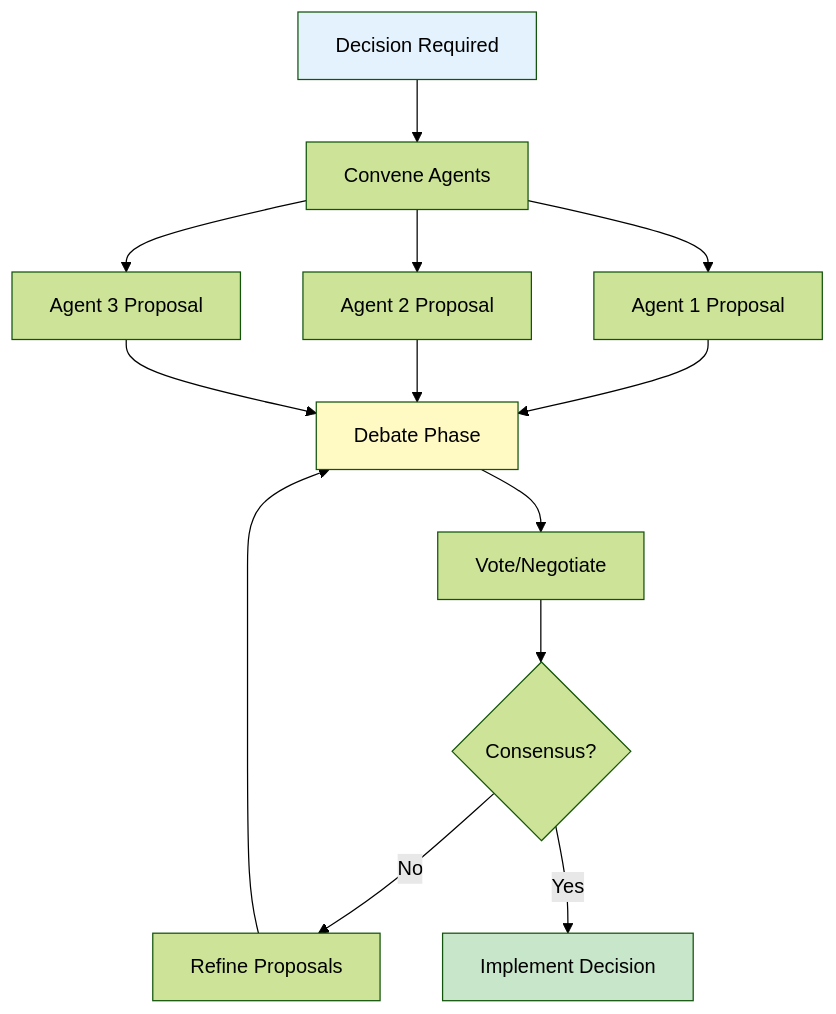
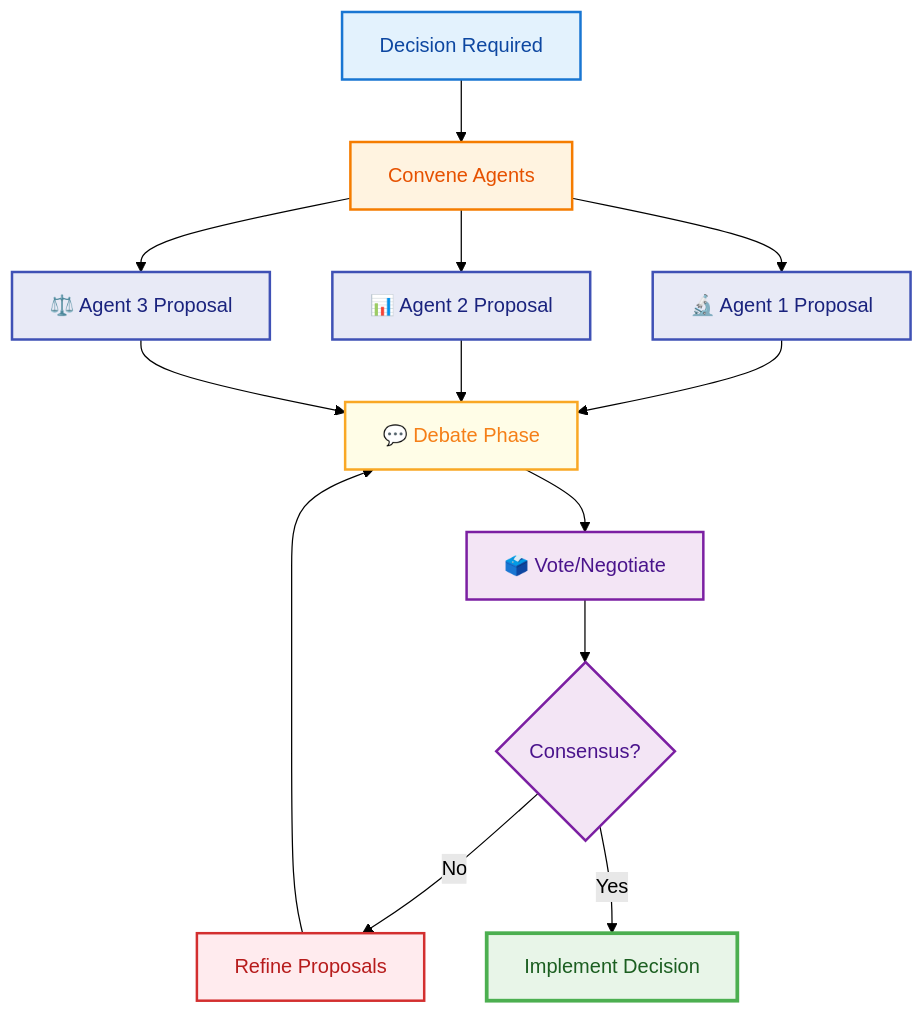
Diagram 15 of 21 in 34_agentic_ai_design_patterns.md (raphaelmansuy/tutorials), drawn with Mermaid (forest theme) before and after one commit. The commit also changed other lines of this file, not shown here.

````diff
--- a/34_agentic_ai_design_patterns.md
+++ b/34_agentic_ai_design_patterns.md
@@ -567,21 +1094,28 @@
 ```mermaid
-graph TD
+flowchart TD
     A[Decision Required] --> B[Convene Agents]
-    B --> C[Agent 1 Proposal]
-    B --> D[Agent 2 Proposal]
-    B --> E[Agent 3 Proposal]
+    B --> C[🔬 Agent 1 Proposal]
+    B --> D[📊 Agent 2 Proposal]
+    B --> E[⚖️ Agent 3 Proposal]
 
-    C --> F[Debate Phase]
+    C --> F[💬 Debate Phase]
     D --> F
     E --> F
 
-    F --> G[Vote/Negotiate]
+    F --> G[🗳️ Vote/Negotiate]
     G --> H{Consensus?}
     H -->|No| I[Refine Proposals]
     I --> F
     H -->|Yes| J[Implement Decision]
 
-    style A fill:#e3f2fd
-    style J fill:#c8e6c9
-    style F fill:#fff9c4
+    style A fill:#E3F2FD,stroke:#1976D2,stroke-width:2px,color:#0D47A1
+    style B fill:#FFF3E0,stroke:#F57C00,stroke-width:2px,color:#E65100
+    style C fill:#E8EAF6,stroke:#3F51B5,stroke-width:2px,color:#1A237E
+    style D fill:#E8EAF6,stroke:#3F51B5,stroke-width:2px,color:#1A237E
+    style E fill:#E8EAF6,stroke:#3F51B5,stroke-width:2px,color:#1A237E
+    style F fill:#FFFDE7,stroke:#F9A825,stroke-width:2px,color:#F57F17
+    style G fill:#F3E5F5,stroke:#7B1FA2,stroke-width:2px,color:#4A148C
+    style H fill:#F3E5F5,stroke:#7B1FA2,stroke-width:2px,color:#4A148C
+    style I fill:#FFEBEE,stroke:#D32F2F,stroke-width:2px,color:#B71C1C
+    style J fill:#E8F5E8,stroke:#4CAF50,stroke-width:3px,color:#1B5E20
 ```
````
